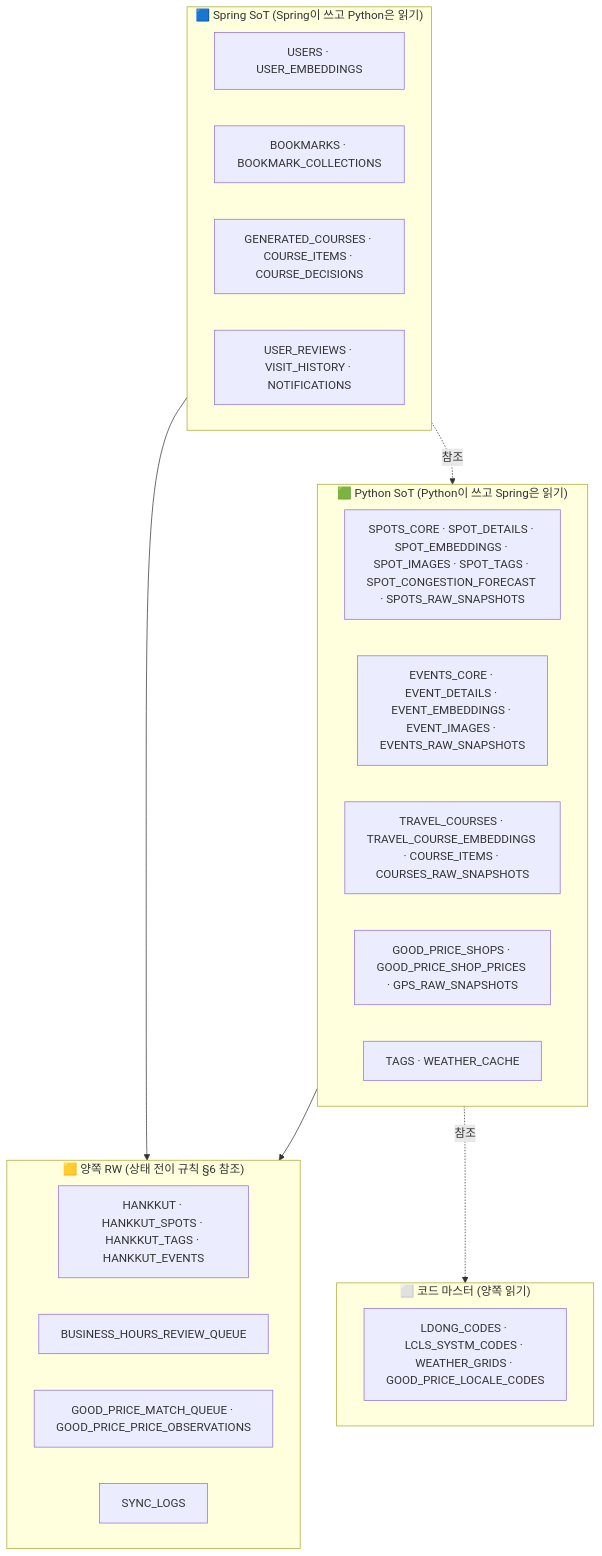
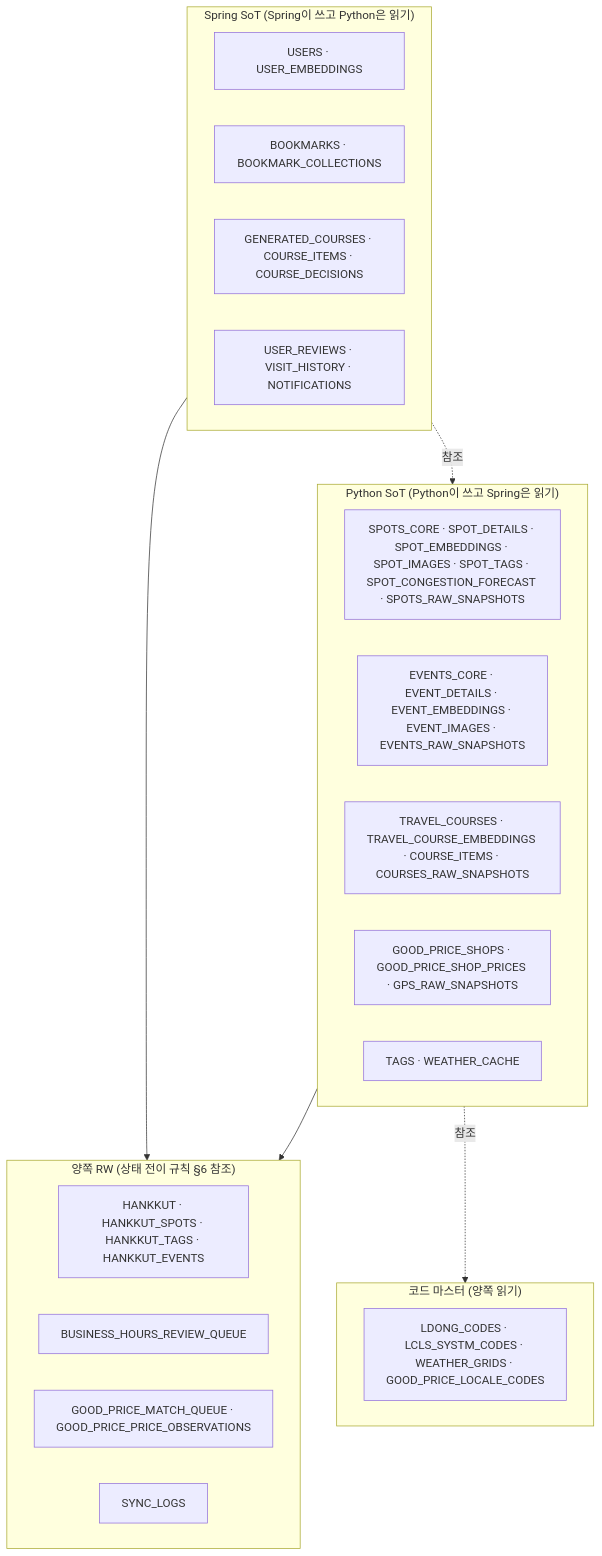
One commit to hi4579675/hi4579675.github.io changed the first of 3 diagrams in src/content/docs/blog/nolleoonna-db-guide.md. Above: the diagram before and after it, drawn with Mermaid.

Commit message:
이모지 뺌

````diff
--- a/src/content/docs/blog/nolleoonna-db-guide.md
+++ b/src/content/docs/blog/nolleoonna-db-guide.md
@@ -38,33 +38,33 @@
 ```mermaid
 flowchart TB
-    subgraph SpringRW["🟦 Spring SoT (Spring이 쓰고 Python은 읽기)"]
+    subgraph SpringRW["Spring SoT (Spring이 쓰고 Python은 읽기)"]
         U[USERS · USER_EMBEDDINGS]
         B[BOOKMARKS · BOOKMARK_COLLECTIONS]
         C[GENERATED_COURSES · COURSE_ITEMS · COURSE_DECISIONS]
         R[USER_REVIEWS · VISIT_HISTORY · NOTIFICATIONS]
     end
 
-    subgraph PythonRW["🟩 Python SoT (Python이 쓰고 Spring은 읽기)"]
+    subgraph PythonRW["Python SoT (Python이 쓰고 Spring은 읽기)"]
         S[SPOTS_CORE · SPOT_DETAILS · SPOT_EMBEDDINGS · SPOT_IMAGES · SPOT_TAGS · SPOT_CONGESTION_FORECAST · SPOTS_RAW_SNAPSHOTS]
         E[EVENTS_CORE · EVENT_DETAILS · EVENT_EMBEDDINGS · EVENT_IMAGES · EVENTS_RAW_SNAPSHOTS]
         T[TRAVEL_COURSES · TRAVEL_COURSE_EMBEDDINGS · COURSE_ITEMS · COURSES_RAW_SNAPSHOTS]
         GP[GOOD_PRICE_SHOPS · GOOD_PRICE_SHOP_PRICES · GPS_RAW_SNAPSHOTS]
         TG[TAGS · WEATHER_CACHE]
     end
 
-    subgraph BothRW["🟨 양쪽 RW (상태 전이 규칙 §6 참조)"]
+    subgraph BothRW["양쪽 RW (상태 전이 규칙 §6 참조)"]
         H[HANKKUT · HANKKUT_SPOTS · HANKKUT_TAGS · HANKKUT_EVENTS]
         Q[BUSINESS_HOURS_REVIEW_QUEUE]
         M[GOOD_PRICE_MATCH_QUEUE · GOOD_PRICE_PRICE_OBSERVATIONS]
         L[SYNC_LOGS]
     end
 
-    subgraph Master["⬜ 코드 마스터 (양쪽 읽기)"]
+    subgraph Master["코드 마스터 (양쪽 읽기)"]
         LD[LDONG_CODES · LCLS_SYSTM_CODES · WEATHER_GRIDS · GOOD_PRICE_LOCALE_CODES]
     end
 
     SpringRW -.참조.-> PythonRW
     SpringRW --> BothRW
     PythonRW --> BothRW
     PythonRW -.참조.-> Master
 ```
````
